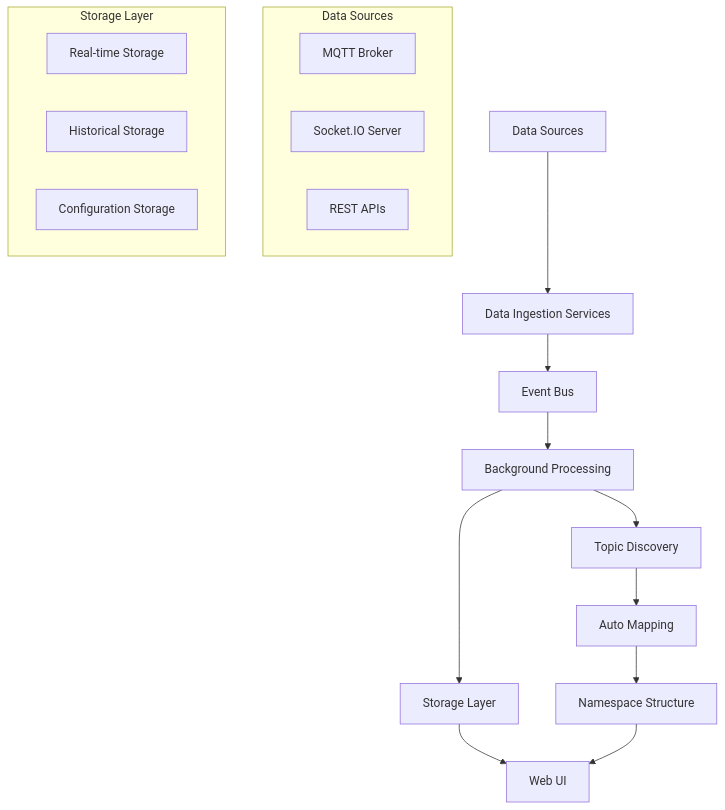
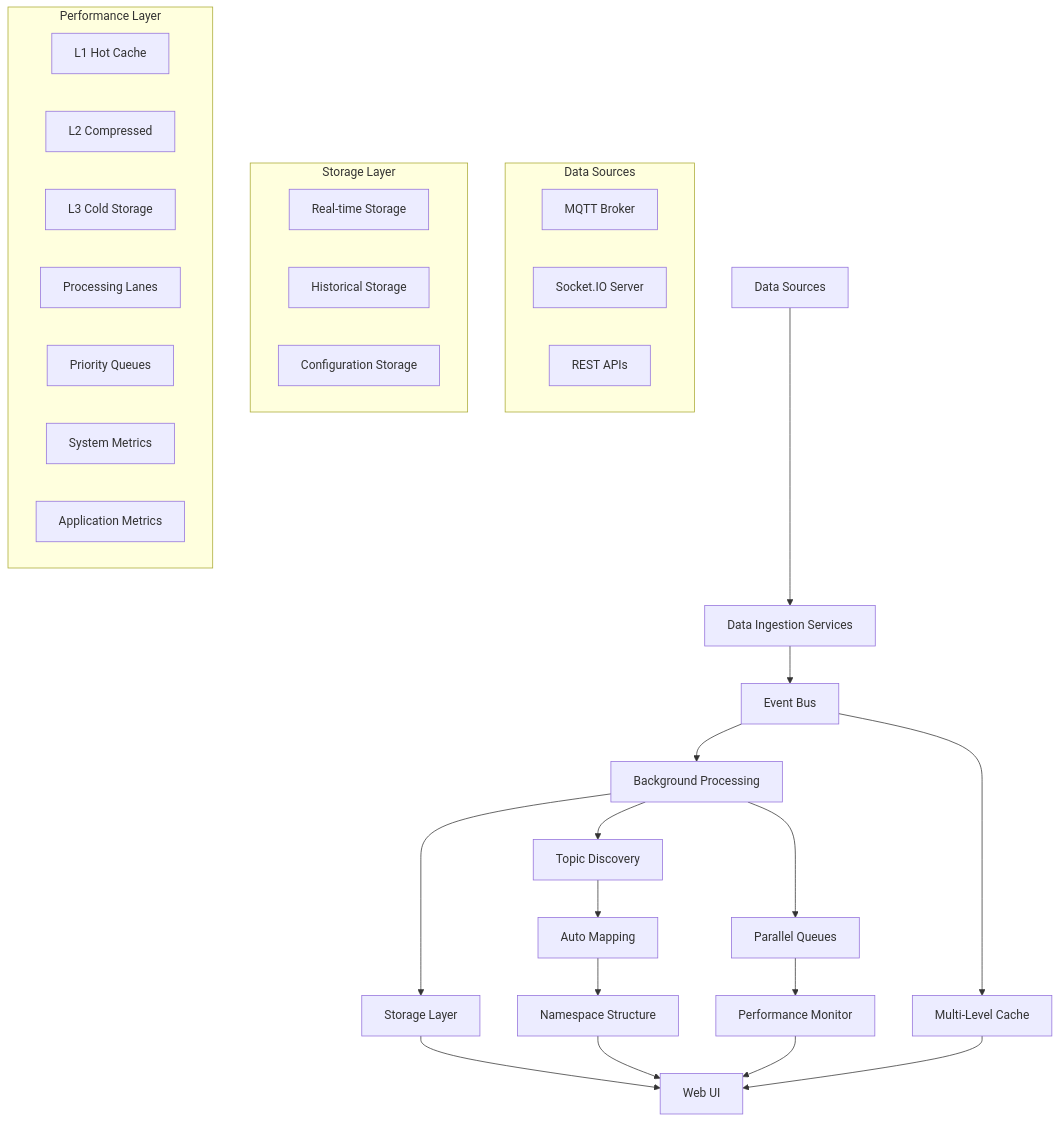
The first of 2 diagrams in README.md (thomassorensen2650/UNSInfra), drawn with Mermaid before and after one commit. The commit also changed other lines of this file and 6 other files, not shown here.

````diff
--- a/README.md
+++ b/README.md
@@ -87,24 +112,42 @@
 ```mermaid
 graph TD
     A[Data Sources] --> B[Data Ingestion Services]
     B --> C[Event Bus]
     C --> D[Background Processing]
     D --> E[Storage Layer]
     D --> F[Topic Discovery]
     F --> G[Auto Mapping]
     G --> H[Namespace Structure]
+    
+    %% New Performance Components
+    C --> J[Multi-Level Cache]
+    D --> K[Parallel Queues]
+    K --> L[Performance Monitor]
+    
     E --> I[Web UI]
     H --> I
+    J --> I
+    L --> I
     
     subgraph "Data Sources"
         A1[MQTT Broker]
         A2[Socket.IO Server]
         A3[REST APIs]
     end
     
     subgraph "Storage Layer"
         E1[Real-time Storage]
         E2[Historical Storage]
         E3[Configuration Storage]
     end
+    
+    subgraph "Performance Layer"
+        J1[L1 Hot Cache]
+        J2[L2 Compressed]
+        J3[L3 Cold Storage]
+        K1[Processing Lanes]
+        K2[Priority Queues]
+        L1[System Metrics]
+        L2[Application Metrics]
+    end
 ```
````
